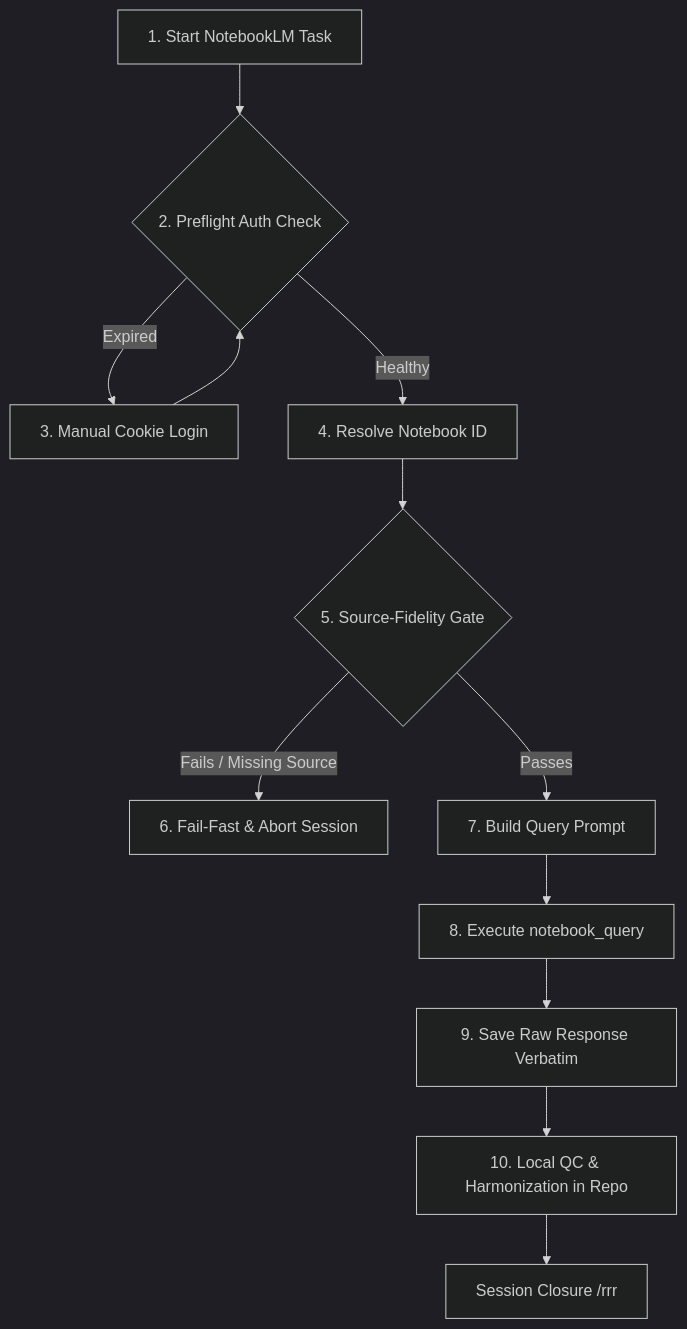
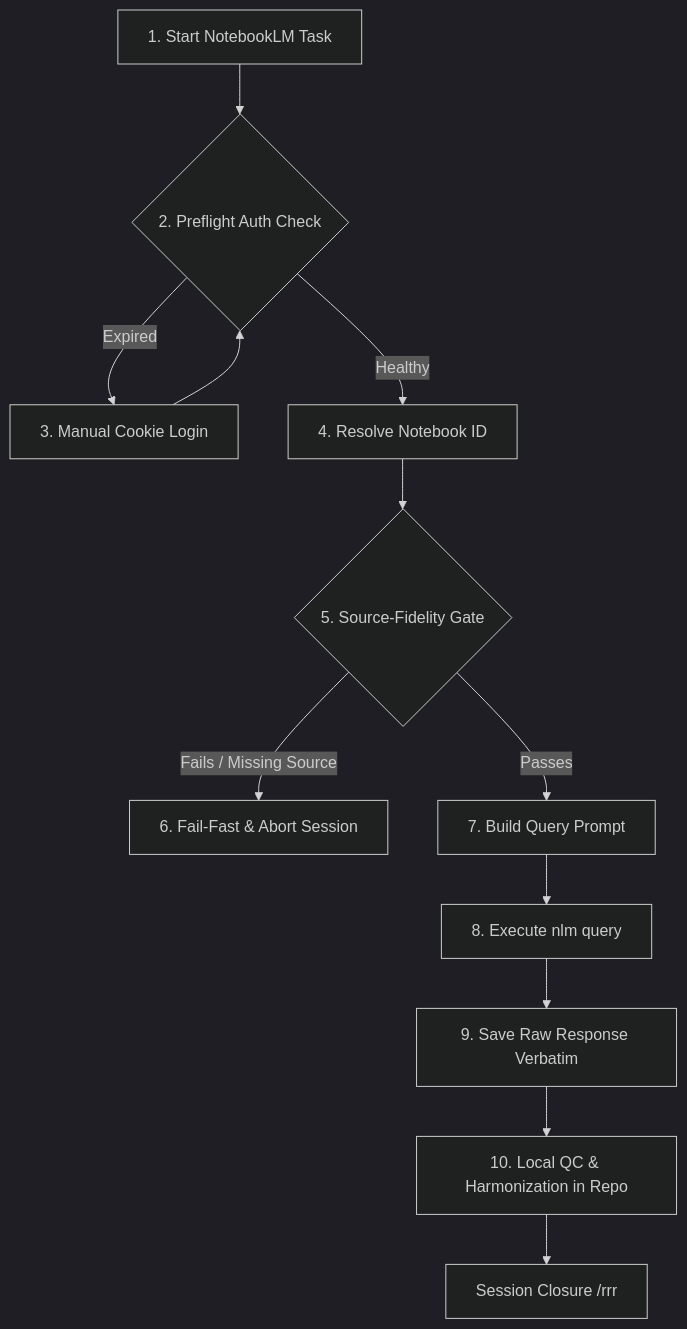
The diagram in .agents/skills/notebooklm-rules/SKILL.md (Bossax/arun-creagy), drawn with Mermaid (dark theme) before and after one commit. The commit also changed other lines of this file and 21 other files, not shown here.

````diff
--- a/.agents/skills/notebooklm-rules/SKILL.md
+++ b/.agents/skills/notebooklm-rules/SKILL.md
@@ -41,14 +45,14 @@
 ```mermaid
 flowchart TD
   Start[1. Start NotebookLM Task] --> AuthCheck{2. Preflight Auth Check}
   AuthCheck -->|Expired| ManualLogin[3. Manual Cookie Login]
   ManualLogin --> AuthCheck
   AuthCheck -->|Healthy| ResolveNotebook[4. Resolve Notebook ID]
   ResolveNotebook --> SourceGate{5. Source-Fidelity Gate}
   SourceGate -->|Fails / Missing Source| Abort[6. Fail-Fast & Abort Session]
   SourceGate -->|Passes| BuildPrompt[7. Build Query Prompt]
-  BuildPrompt --> Query[8. Execute notebook_query]
+  BuildPrompt --> Query[8. Execute nlm query]
   Query --> SaveVerbatim[9. Save Raw Response Verbatim]
   SaveVerbatim --> LocalHarmonize[10. Local QC & Harmonization in Repo]
   LocalHarmonize --> End[Session Closure /rrr]
 ```
````
